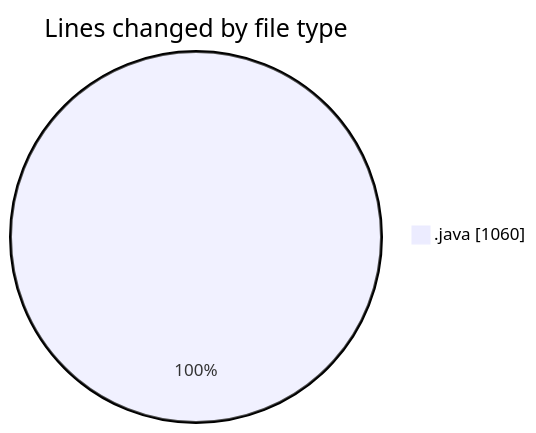
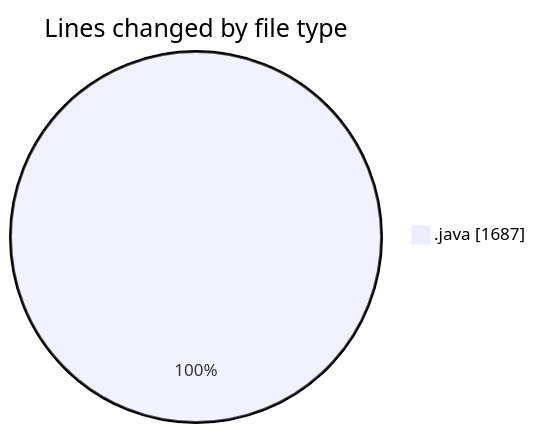
Before and after one commit to Elitesun/code-tracking: the first of 2 diagrams in 2025-02-21/projet/README.md, drawn with Mermaid. The commit also changed other lines of this file and 1 other file, not shown here.

````diff
--- a/2025-02-21/projet/README.md
+++ b/2025-02-21/projet/README.md
@@ -28,5 +29,5 @@
 ```mermaid
 pie showData
 title Lines changed by file type
-".java" : 1060
+".java" : 1687
 ```
````
